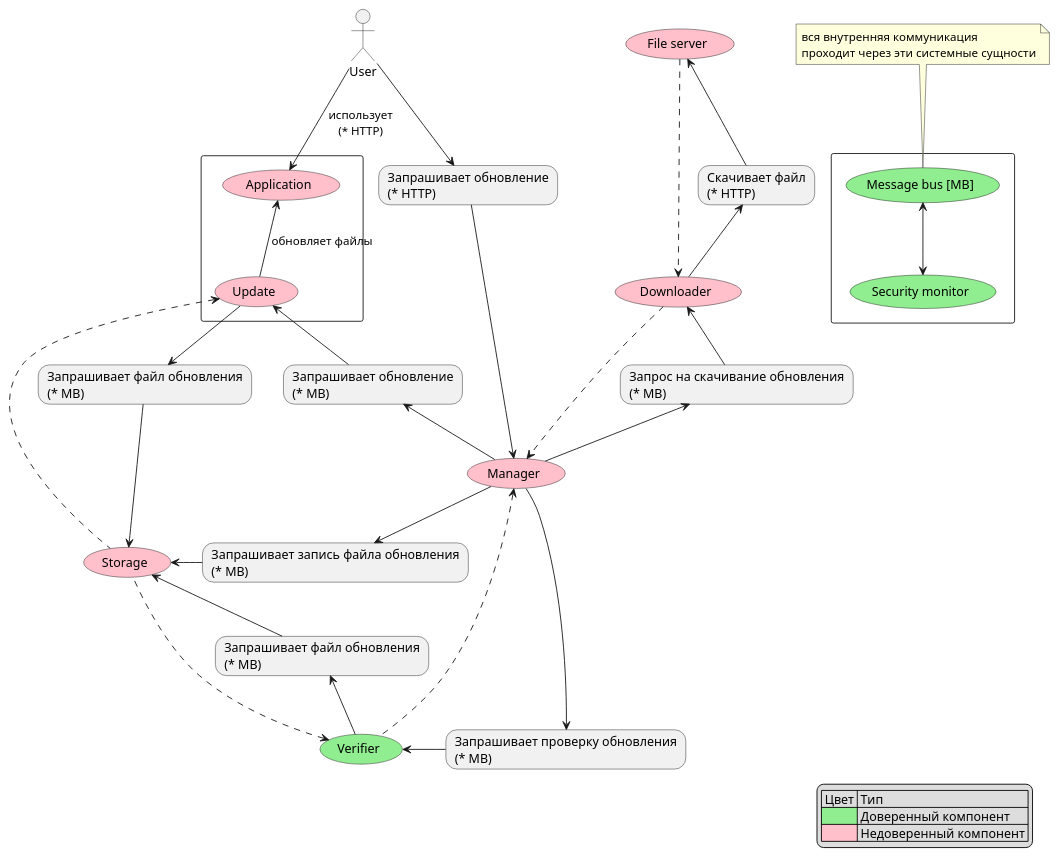
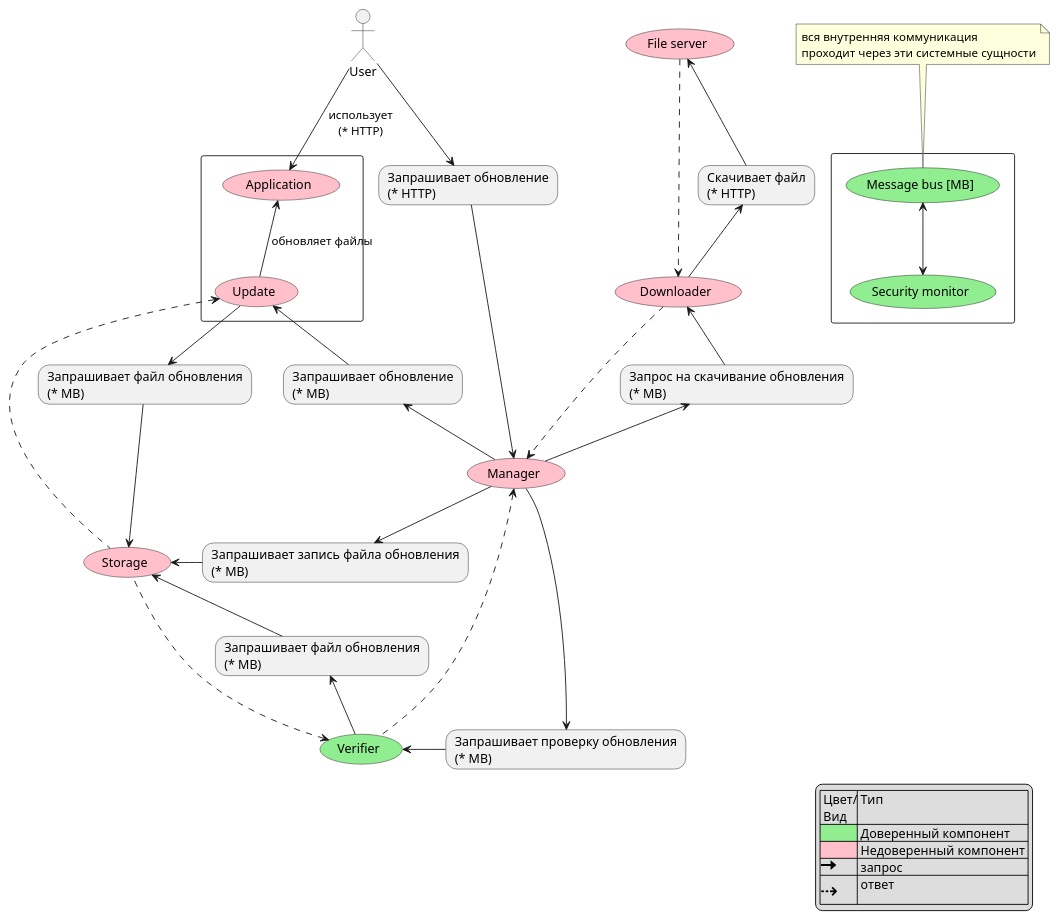
The diagram in docs/report/dfd-tcb.puml (sergey-sobolev/secure-update), drawn with PlantUML before and after one commit. The commit also changed 9 other files, not shown here.

```diff
--- a/docs/report/dfd-tcb.puml
+++ b/docs/report/dfd-tcb.puml
@@ -1,70 +1,72 @@
 @startuml dfd-tcb
 
 skinparam card {
     RoundCorner 25    
 }
 
 legend right
-    | Цвет | Тип |
+    | Цвет/\n Вид | Тип |
     |<#lightgreen> | Доверенный компонент |
     |<#pink>| Недоверенный компонент |
+    |<color:black><size:26><&arrow-right></size></color>| запрос |
+    |<color:black><size:24><U+21E2></size></color>| ответ |
 endlegend
 
 rectangle {
     (Update) #pink
     (Application) #pink
 }
 
 rectangle {
     (Message bus [MB]) as kafka #lightgreen
     (Security monitor) as monitor #lightgreen
     monitor <-up-> kafka
 }
 note "вся внутренняя коммуникация\nпроходит через эти системные сущности" as n1
 n1 -[hidden]d-> kafka 
 
 
 :User: --> Application: использует\n(* HTTP)
 Application <-down- Update: обновляет файлы
 
 (Manager) #pink
 (File server) as server #pink 
 (Downloader) as downloader #pink 
 (Verifier) #lightgreen
 (Storage) #pink
 
 card "Запрашивает обновление\n(* HTTP)" as userUpdateRequest
 card "Запрос на скачивание обновления\n(* MB)" as downloadRequest
 card "Запрашивает проверку обновления\n(* MB)" as verificationRequest
 card "Запрашивает запись файла обновления\n(* MB)" as managerWriteRequest
 card "Запрашивает файл обновления\n(* MB)" as verificationReadRequest
 card "Запрашивает файл обновления\n(* MB)" as updateReadRequest
 card "Запрашивает обновление\n(* MB)" as managerUpdateRequest
 card "Скачивает файл\n(* HTTP)" as serverDownloadRequest
 
 
 
 
 User --> userUpdateRequest 
 Manager <-up- userUpdateRequest
 Manager -up-> downloadRequest 
 downloadRequest -up-> downloader
 downloader -up-> serverDownloadRequest
 server <-- serverDownloadRequest
 downloader <.up. server
 Manager <.up. downloader
 Manager -down-> managerWriteRequest
 managerWriteRequest -> Storage
 verificationRequest <-left- Manager
 Verifier <- verificationRequest
 Verifier -up-> verificationReadRequest
 Manager <.down. Verifier
 verificationReadRequest -up-> Storage
 Verifier <.. Storage
 Update -down-> updateReadRequest
 updateReadRequest -down-> Storage
 Update <.down. Storage
 managerUpdateRequest <-- Manager
 Update <-- managerUpdateRequest
 
 @enduml
```
